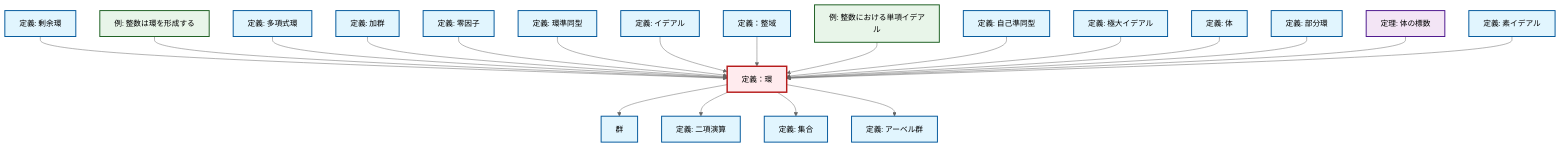
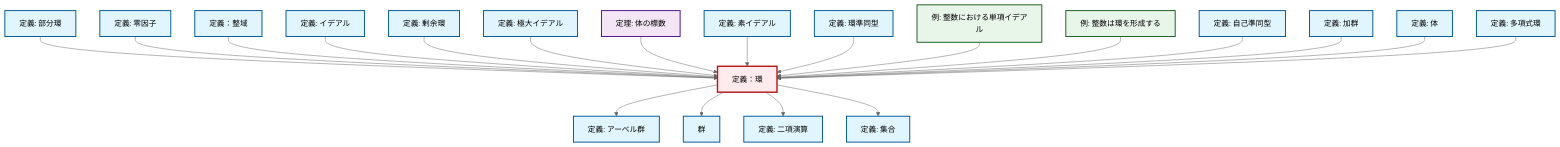
One commit to RK0429/ModernMath changed the diagram in content/ja/algebra/def-ring.qmd. Above: the diagram before and after it, drawn with Mermaid (neutral theme). The commit also changed other lines of this file and 328 other files, not shown here.

````diff
--- a/content/ja/algebra/def-ring.qmd
+++ b/content/ja/algebra/def-ring.qmd
@@ -63,68 +63,68 @@
 ```{mermaid}
 %%| fig-cap: "ローカル依存関係グラフ"
 graph TD
     classDef definition fill:#e1f5fe,stroke:#01579b,stroke-width:2px
     classDef theorem fill:#f3e5f5,stroke:#4a148c,stroke-width:2px
     classDef axiom fill:#fff3e0,stroke:#e65100,stroke-width:2px
     classDef example fill:#e8f5e9,stroke:#1b5e20,stroke-width:2px
     classDef current fill:#ffebee,stroke:#b71c1c,stroke-width:3px
+    def-endomorphism["定義: 自己準同型"]:::definition
+    def-zero-divisor["定義: 零因子"]:::definition
+    ex-integers-ring["例: 整数は環を形成する"]:::example
+    ex-principal-ideal["例: 整数における単項イデアル"]:::example
+    def-abelian-group["定義: アーベル群"]:::definition
+    def-polynomial-ring["定義: 多項式環"]:::definition
+    def-integral-domain["定義：整域"]:::definition
+    def-ideal["定義: イデアル"]:::definition
+    def-ring["定義：環"]:::definition
+    def-prime-ideal["定義: 素イデアル"]:::definition
+    def-subring["定義: 部分環"]:::definition
+    def-maximal-ideal["定義: 極大イデアル"]:::definition
+    def-field["定義: 体"]:::definition
+    def-group["群"]:::definition
+    def-quotient-ring["定義: 剰余環"]:::definition
+    thm-field-characteristic["定理: 体の標数"]:::theorem
+    def-set["定義: 集合"]:::definition
+    def-binary-operation["定義: 二項演算"]:::definition
     def-module["定義: 加群"]:::definition
-    def-maximal-ideal["定義: 極大イデアル"]:::definition
-    def-endomorphism["定義: 自己準同型"]:::definition
-    def-prime-ideal["定義: 素イデアル"]:::definition
-    def-polynomial-ring["定義: 多項式環"]:::definition
-    def-ring["定義：環"]:::definition
-    ex-principal-ideal["例: 整数における単項イデアル"]:::example
-    def-field["定義: 体"]:::definition
-    def-set["定義: 集合"]:::definition
-    def-ideal["定義: イデアル"]:::definition
-    ex-integers-ring["例: 整数は環を形成する"]:::example
-    def-subring["定義: 部分環"]:::definition
-    def-integral-domain["定義：整域"]:::definition
     def-ring-homomorphism["定義: 環準同型"]:::definition
-    def-zero-divisor["定義: 零因子"]:::definition
-    def-quotient-ring["定義: 剰余環"]:::definition
-    def-abelian-group["定義: アーベル群"]:::definition
-    thm-field-characteristic["定理: 体の標数"]:::theorem
-    def-binary-operation["定義: 二項演算"]:::definition
-    def-group["群"]:::definition
+    def-ring --> def-abelian-group
+    def-subring --> def-ring
+    def-zero-divisor --> def-ring
+    def-integral-domain --> def-ring
+    def-ideal --> def-ring
     def-quotient-ring --> def-ring
-    ex-integers-ring --> def-ring
-    def-polynomial-ring --> def-ring
     def-ring --> def-group
-    def-module --> def-ring
-    def-zero-divisor --> def-ring
+    def-maximal-ideal --> def-ring
+    thm-field-characteristic --> def-ring
+    def-prime-ideal --> def-ring
     def-ring-homomorphism --> def-ring
-    def-ideal --> def-ring
-    def-integral-domain --> def-ring
     def-ring --> def-binary-operation
     ex-principal-ideal --> def-ring
     def-ring --> def-set
+    ex-integers-ring --> def-ring
     def-endomorphism --> def-ring
-    def-maximal-ideal --> def-ring
+    def-module --> def-ring
     def-field --> def-ring
-    def-subring --> def-ring
-    def-ring --> def-abelian-group
-    thm-field-characteristic --> def-ring
-    def-prime-ideal --> def-ring
+    def-polynomial-ring --> def-ring
     class def-ring current
+    click def-endomorphism "def-endomorphism.html" "自己準同型の定義へ"
+    click def-zero-divisor "def-zero-divisor.html" "零因子の定義へ"
+    click ex-integers-ring "ex-integers-ring.html" "整数は環を形成するの例へ"
+    click ex-principal-ideal "ex-principal-ideal.html" "整数における単項イデアルの例へ"
+    click def-abelian-group "def-abelian-group.html" "アーベル群の定義へ"
+    click def-polynomial-ring "def-polynomial-ring.html" "多項式環の定義へ"
+    click def-integral-domain "def-integral-domain.html" "定義：整域へ"
+    click def-ideal "def-ideal.html" "イデアルの定義へ"
+    click def-prime-ideal "def-prime-ideal.html" "素イデアルの定義へ"
+    click def-subring "def-subring.html" "部分環の定義へ"
+    click def-maximal-ideal "def-maximal-ideal.html" "極大イデアルの定義へ"
+    click def-field "def-field.html" "体の定義へ"
+    click def-group "def-group.html" "群へ"
+    click def-quotient-ring "def-quotient-ring.html" "剰余環の定義へ"
+    click thm-field-characteristic "thm-field-characteristic.html" "体の標数の定理へ"
+    click def-set "def-set.html" "集合の定義へ"
+    click def-binary-operation "def-binary-operation.html" "二項演算の定義へ"
     click def-module "def-module.html" "加群の定義へ"
-    click def-maximal-ideal "def-maximal-ideal.html" "極大イデアルの定義へ"
-    click def-endomorphism "def-endomorphism.html" "自己準同型の定義へ"
-    click def-prime-ideal "def-prime-ideal.html" "素イデアルの定義へ"
-    click def-polynomial-ring "def-polynomial-ring.html" "多項式環の定義へ"
-    click ex-principal-ideal "ex-principal-ideal.html" "整数における単項イデアルの例へ"
-    click def-field "def-field.html" "体の定義へ"
-    click def-set "def-set.html" "集合の定義へ"
-    click def-ideal "def-ideal.html" "イデアルの定義へ"
-    click ex-integers-ring "ex-integers-ring.html" "整数は環を形成するの例へ"
-    click def-subring "def-subring.html" "部分環の定義へ"
-    click def-integral-domain "def-integral-domain.html" "定義：整域へ"
     click def-ring-homomorphism "def-ring-homomorphism.html" "環準同型の定義へ"
-    click def-zero-divisor "def-zero-divisor.html" "零因子の定義へ"
-    click def-quotient-ring "def-quotient-ring.html" "剰余環の定義へ"
-    click def-abelian-group "def-abelian-group.html" "アーベル群の定義へ"
-    click thm-field-characteristic "thm-field-characteristic.html" "体の標数の定理へ"
-    click def-binary-operation "def-binary-operation.html" "二項演算の定義へ"
-    click def-group "def-group.html" "群へ"
 ```
````
